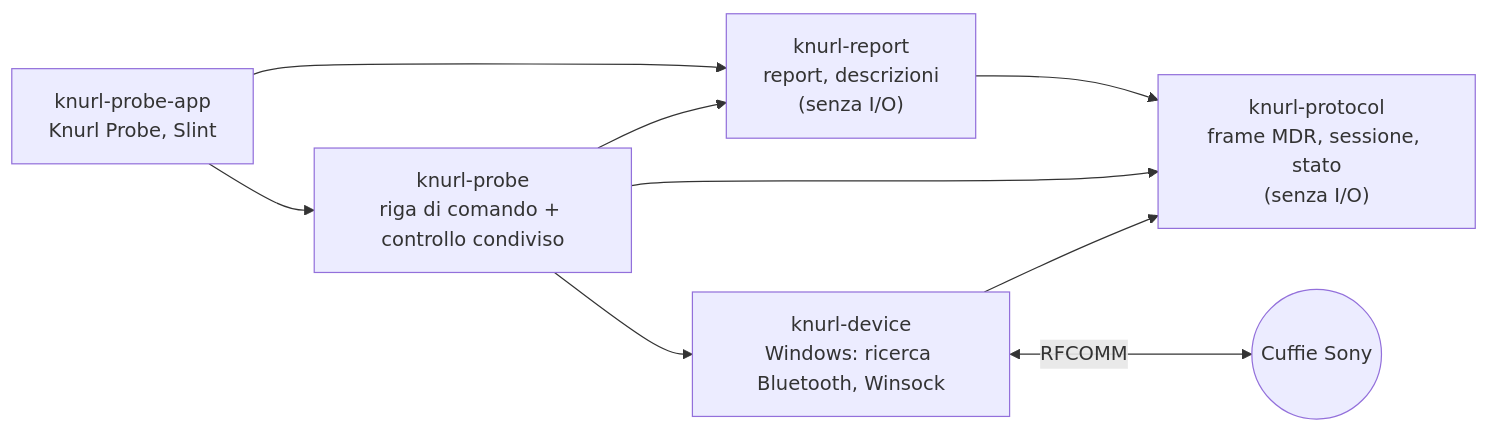
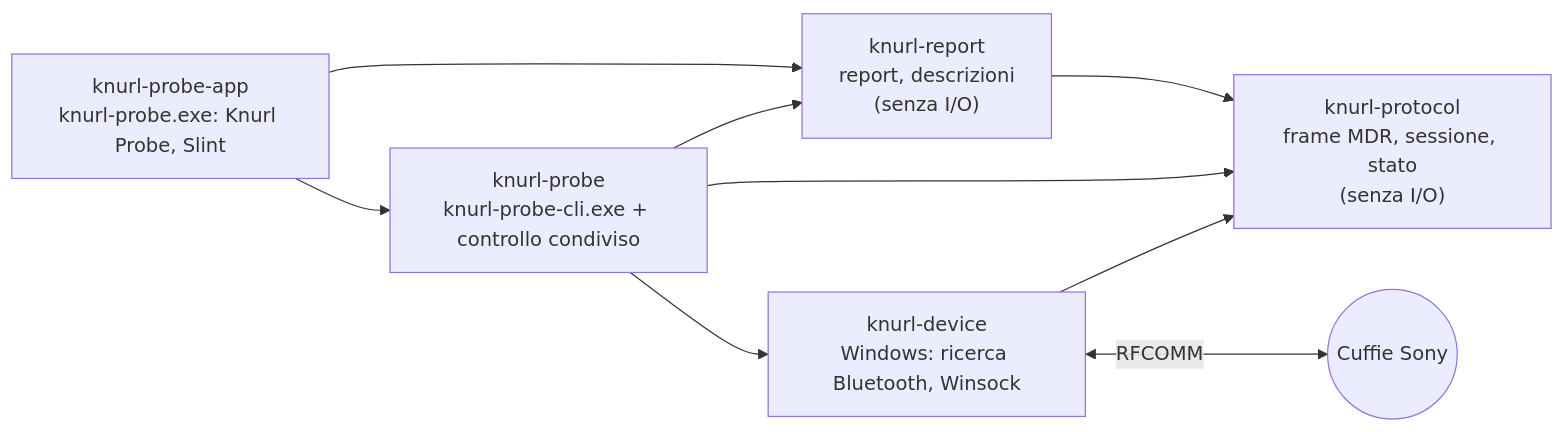
Before and after one commit to dooperdrew/knurl-probe: the diagram in README.it.md, drawn with Mermaid. The commit also changed other lines of this file and 18 other files, not shown here.

First line of the commit message:
release: knurl-probe 0.1.0 zip with the app and the command line

````diff
--- a/README.it.md
+++ b/README.it.md
@@ -73,11 +75,11 @@
 ```mermaid
 flowchart LR
-    app["knurl-probe-app<br/>Knurl Probe, Slint"] --> probe
+    app["knurl-probe-app<br/>knurl-probe.exe: Knurl Probe, Slint"] --> probe
     app --> report
-    probe["knurl-probe<br/>riga di comando + controllo condiviso"] --> device["knurl-device<br/>Windows: ricerca Bluetooth, Winsock"]
+    probe["knurl-probe<br/>knurl-probe-cli.exe + controllo condiviso"] --> device["knurl-device<br/>Windows: ricerca Bluetooth, Winsock"]
     probe --> report["knurl-report<br/>report, descrizioni<br/>(senza I/O)"]
     report --> protocol
     probe --> protocol
     device --> protocol["knurl-protocol<br/>frame MDR, sessione, stato<br/>(senza I/O)"]
     device <-- "RFCOMM" --> phones(("Cuffie Sony"))
 ```
````
